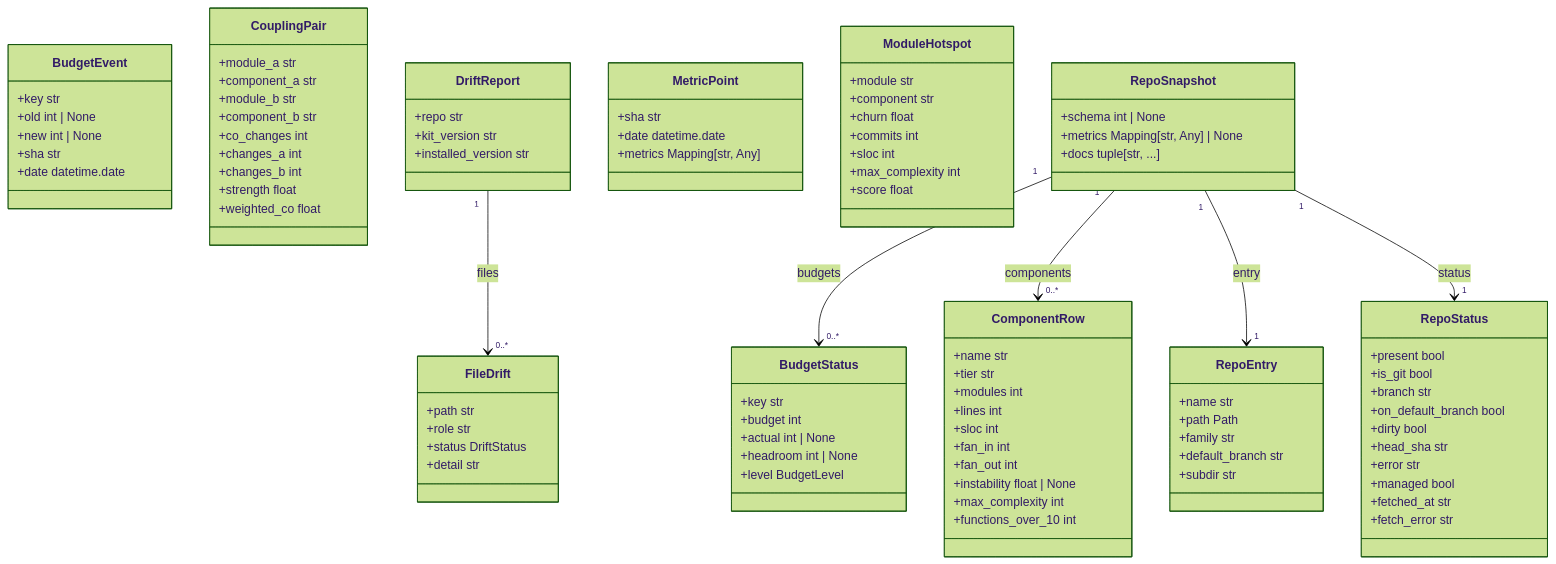
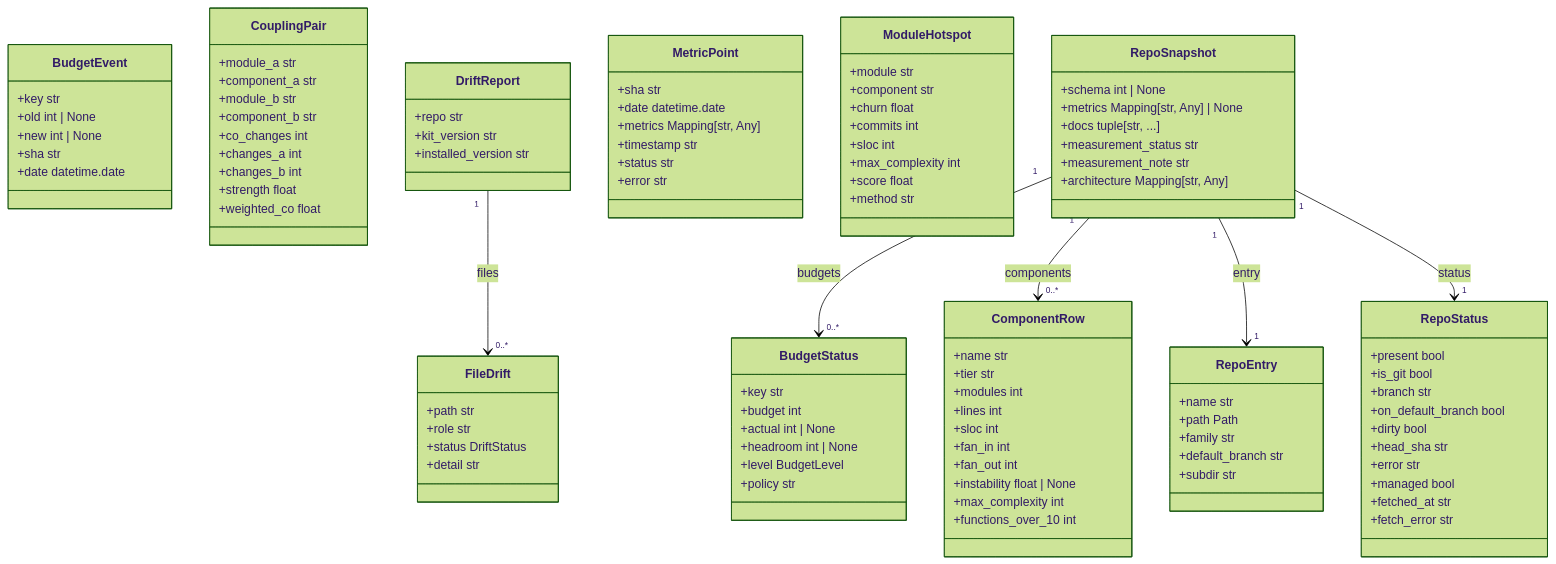
Before and after one commit to agent-lore/guardrail-hub: the diagram in docs/generated/domain_model.md, drawn with Mermaid (forest theme). The commit also changed 72 other files, not shown here.

```diff
--- a/docs/generated/domain_model.md
+++ b/docs/generated/domain_model.md
@@ -20,6 +20,7 @@
     +actual int | None
     +headroom int | None
     +level BudgetLevel
+    +policy str
   }
   class ComponentRow {
     +name str
@@ -59,6 +60,9 @@
     +sha str
     +date datetime.date
     +metrics Mapping[str, Any]
+    +timestamp str
+    +status str
+    +error str
   }
   class ModuleHotspot {
     +module str
@@ -68,6 +72,7 @@
     +sloc int
     +max_complexity int
     +score float
+    +method str
   }
   class RepoEntry {
     +name str
@@ -80,6 +85,9 @@
     +schema int | None
     +metrics Mapping[str, Any] | None
     +docs tuple[str, ...]
+    +measurement_status str
+    +measurement_note str
+    +architecture Mapping[str, Any]
   }
   class RepoStatus {
     +present bool
```
